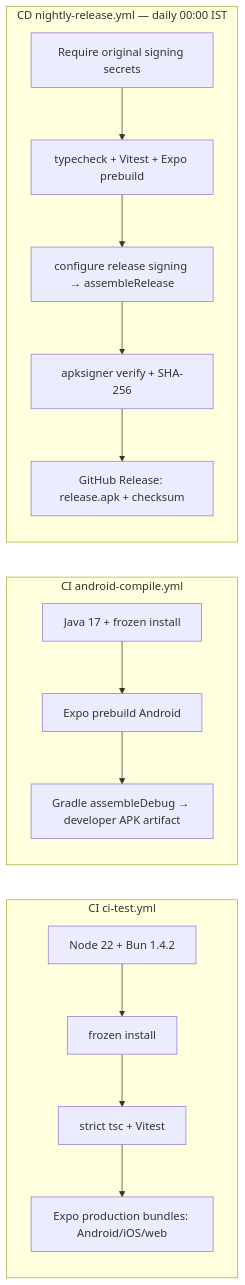
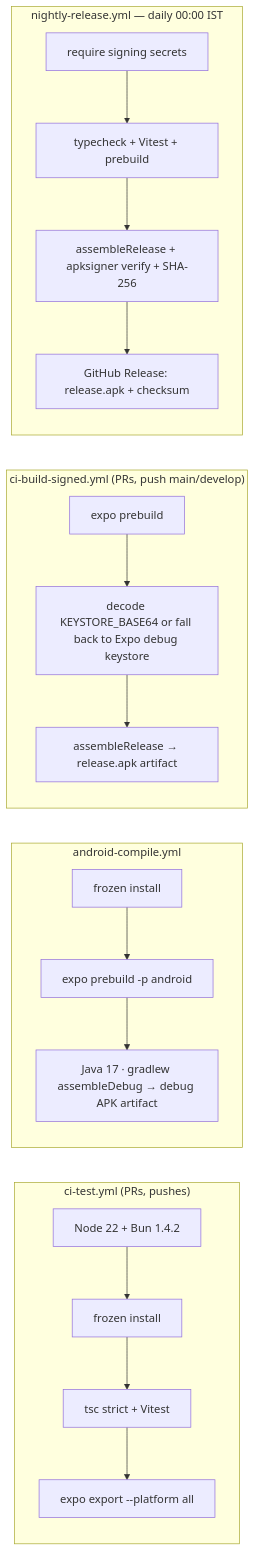
The eighth of 9 diagrams in ARCHITECTURE.md (omsenjalia/weathergpt-app), drawn with Mermaid before and after one commit. The commit also changed other lines of this file, not shown here.

First line of the commit message:
docs: sync ARCHITECTURE.md with current app and backend (#38)

````diff
--- a/ARCHITECTURE.md
+++ b/ARCHITECTURE.md
@@ -685,18 +930,21 @@
 ```mermaid
 graph LR
-    subgraph "CI ci-test.yml"
+    subgraph "ci-test.yml (PRs, pushes)"
         T1["Node 22 + Bun 1.4.2"] --> T2["frozen install"]
-        T2 --> T3["strict tsc + Vitest"]
-        T3 --> T4["Expo production bundles: Android/iOS/web"]
+        T2 --> T3["tsc strict + Vitest"]
+        T3 --> T4["expo export --platform all"]
     end
-    subgraph "CI android-compile.yml"
-        A1["Java 17 + frozen install"] --> A2["Expo prebuild Android"]
-        A2 --> A3["Gradle assembleDebug → developer APK artifact"]
+    subgraph "android-compile.yml"
+        A1["frozen install"] --> A2["expo prebuild -p android"]
+        A2 --> A3["Java 17 · gradlew assembleDebug → debug APK artifact"]
     end
-    subgraph "CD nightly-release.yml — daily 00:00 IST"
-        N1["Require original signing secrets"] --> N2["typecheck + Vitest + Expo prebuild"]
-        N2 --> N3["configure release signing → assembleRelease"]
-        N3 --> N4["apksigner verify + SHA-256"]
-        N4 --> N5["GitHub Release: release.apk + checksum"]
+    subgraph "ci-build-signed.yml (PRs, push main/develop)"
+        S1["expo prebuild"] --> S2["decode KEYSTORE_BASE64 or fall back to Expo debug keystore"]
+        S2 --> S3["assembleRelease → release.apk artifact"]
+    end
+    subgraph "nightly-release.yml — daily 00:00 IST"
+        N1["require signing secrets"] --> N2["typecheck + Vitest + prebuild"]
+        N2 --> N3["assembleRelease + apksigner verify + SHA-256"]
+        N3 --> N4["GitHub Release: release.apk + checksum"]
     end
 ```
````
